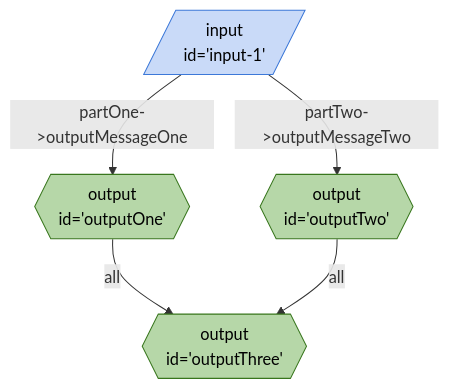
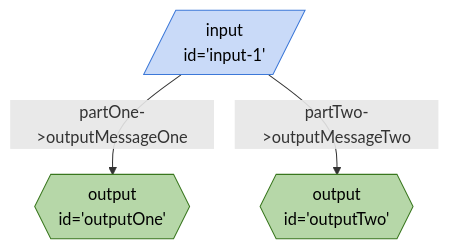
The diagram in src/examples/one-input-multiple-outputs/README.md (ExaDev/breadboard-examples), drawn with Mermaid before and after one commit. The commit also changed other lines of this file and 1 other file, not shown here.

````diff
--- a/src/examples/one-input-multiple-outputs/README.md
+++ b/src/examples/one-input-multiple-outputs/README.md
@@ -2,16 +2,14 @@
 ```mermaid
 %%{init: 'themeVariables': { 'fontFamily': 'Fira Code, monospace' }}%%
 graph TD;
-outputOne{{"output <br> id='outputOne'"}}:::output -- all --> outputThree{{"output <br> id='outputThree'"}}:::output
-outputTwo{{"output <br> id='outputTwo'"}}:::output -- all --> outputThree{{"output <br> id='outputThree'"}}:::output
 input1[/"input <br> id='input-1'"/]:::input -- "partOne->outputMessageOne" --> outputOne{{"output <br> id='outputOne'"}}:::output
 input1[/"input <br> id='input-1'"/]:::input -- "partTwo->outputMessageTwo" --> outputTwo{{"output <br> id='outputTwo'"}}:::output
 classDef default stroke:#ffab40,fill:#fff2ccff,color:#000
 classDef input stroke:#3c78d8,fill:#c9daf8ff,color:#000
 classDef output stroke:#38761d,fill:#b6d7a8ff,color:#000
 classDef passthrough stroke:#a64d79,fill:#ead1dcff,color:#000
 classDef slot stroke:#a64d79,fill:#ead1dcff,color:#000
 classDef config stroke:#a64d79,fill:#ead1dcff,color:#000
 classDef secrets stroke:#db4437,fill:#f4cccc,color:#000
 classDef slotted stroke:#a64d79
 ```
````
